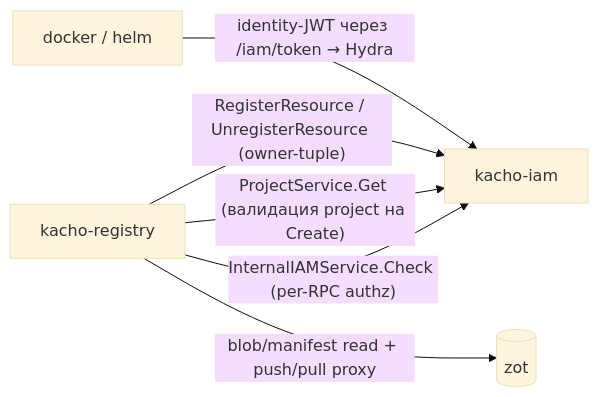
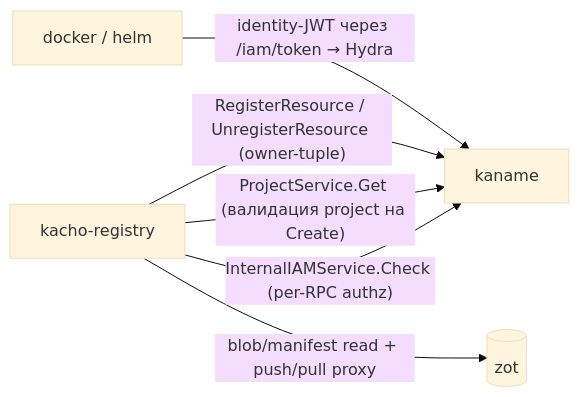
Before and after one commit to PRO-Robotech/kacho: the fourth of 4 diagrams in services/registry/docs/content/architecture/overview.mdx, drawn with Mermaid (base theme). The commit also changed other lines of this file and 5005 other files, not shown here.

````diff
--- a/services/registry/docs/content/architecture/overview.mdx
+++ b/services/registry/docs/content/architecture/overview.mdx
@@ -173,8 +173,8 @@
 ```mermaid
 flowchart LR
-  reg["kacho-registry"] -->|"InternalIAMService.Check (per-RPC authz)"| iam["kacho-iam"]
+  reg["kacho-registry"] -->|"InternalIAMService.Check (per-RPC authz)"| iam["kaname"]
   reg -->|"ProjectService.Get (валидация project на Create)"| iam
   reg -->|"RegisterResource / UnregisterResource (owner-tuple)"| iam
   reg -->|"blob/manifest read + push/pull proxy"| zot[("zot")]
   docker["docker / helm"] -->|"identity-JWT через /iam/token → Hydra"| iam
 ```
````
